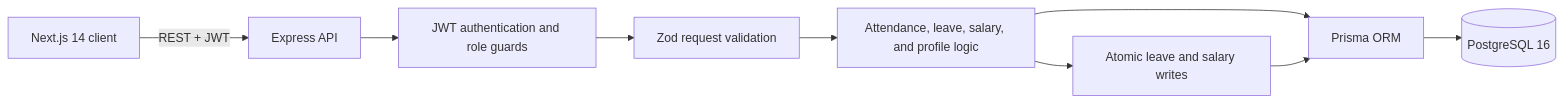
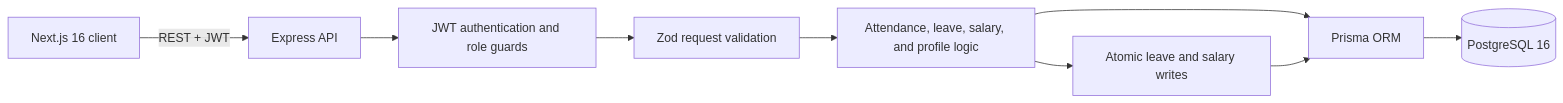
One commit to praju455/odoo-hackathon---Dayflow changed the diagram in README.md. Above: the diagram before and after it, drawn with Mermaid. The commit also changed other lines of this file and 14 other files, not shown here.

````diff
--- a/README.md
+++ b/README.md
@@ -35,12 +37,12 @@
 ```mermaid
 flowchart LR
-    Browser[Next.js 14 client] -->|REST + JWT| API[Express API]
+    Browser[Next.js 16 client] -->|REST + JWT| API[Express API]
     API --> Guard[JWT authentication and role guards]
     Guard --> Validation[Zod request validation]
     Validation --> Services[Attendance, leave, salary, and profile logic]
     Services --> Prisma[Prisma ORM]
     Prisma --> DB[(PostgreSQL 16)]
 
     Services --> Transactions[Atomic leave and salary writes]
     Transactions --> Prisma
 ```
````
